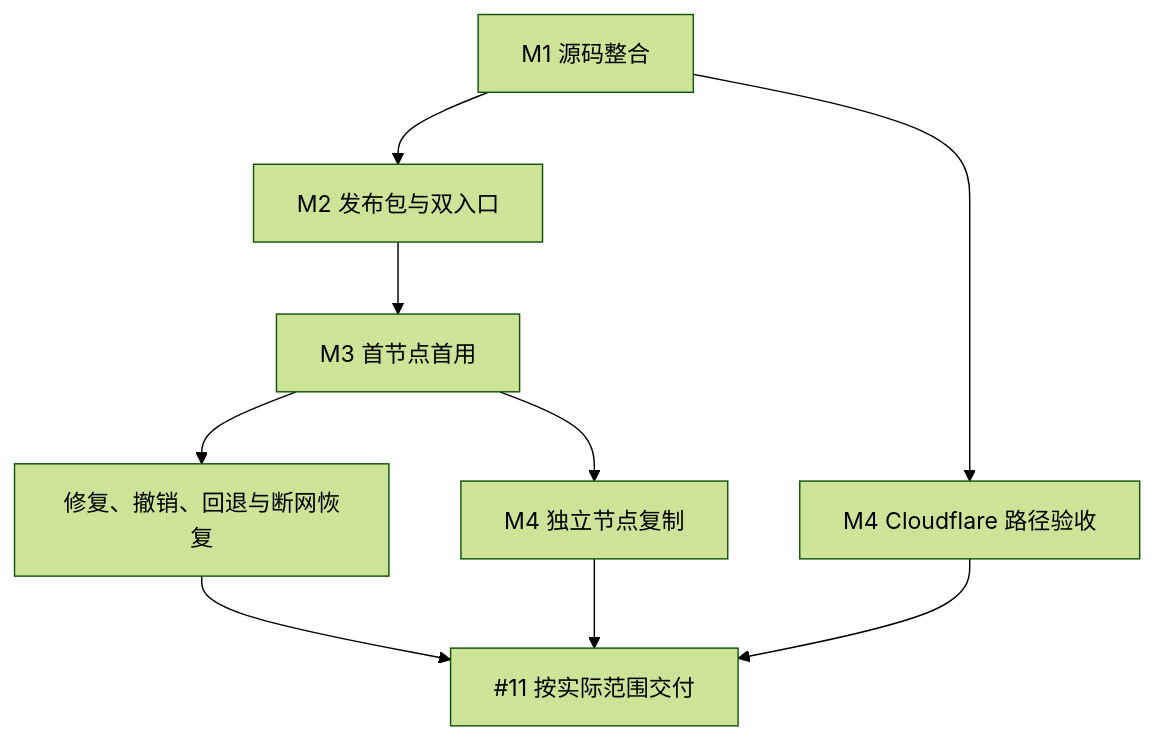
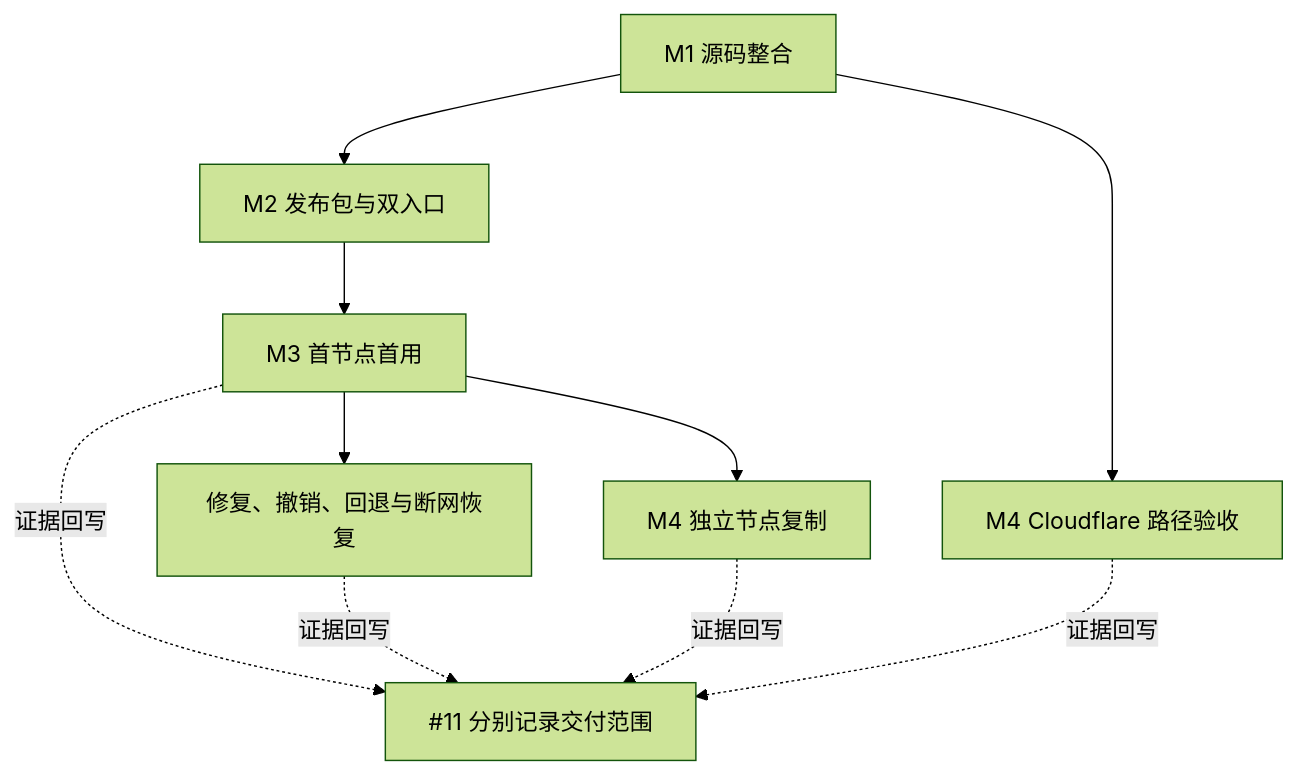
The diagram in docs/DELIVERY.md (youling/ghostfleet), drawn with Mermaid (forest theme) before and after one commit. The commit also changed other lines of this file and 3 other files, not shown here.

Commit message:
docs: 收敛四节点回执、服务状态语义与交付依赖图

````diff
--- a/docs/DELIVERY.md
+++ b/docs/DELIVERY.md
@@ -38,11 +38,12 @@
 ```mermaid
 flowchart TD
   Source["M1 源码整合"] --> Release["M2 发布包与双入口"]
   Release --> First["M3 首节点首用"]
   First --> Second["M4 独立节点复制"]
   First --> Resilience["修复、撤销、回退与断网恢复"]
   Source --> CF["M4 Cloudflare 路径验收"]
-  Resilience --> Receipt["#11 按实际范围交付"]
-  Second --> Receipt
-  CF --> Receipt
+  First -.->|证据回写| Receipt["#11 分别记录交付范围"]
+  Resilience -.->|证据回写| Receipt
+  Second -.->|证据回写| Receipt
+  CF -.->|证据回写| Receipt
 ```
````
